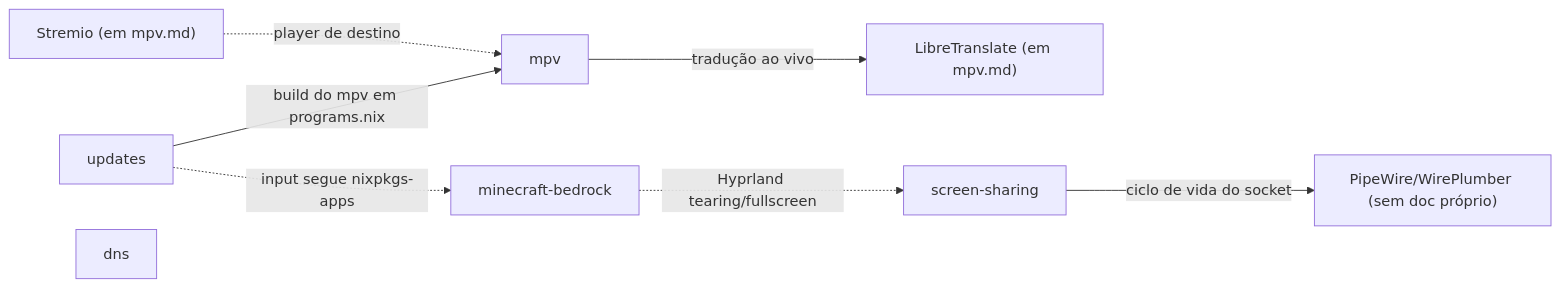
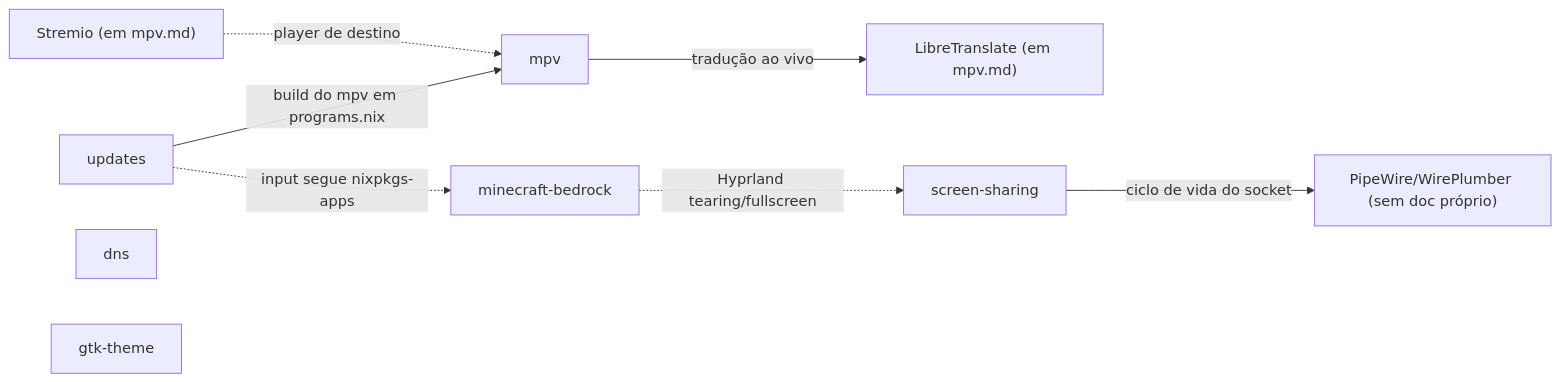
The diagram in .agents/knowledge/_index.md (aliceComH/nixos), drawn with Mermaid before and after one commit. The commit also changed other lines of this file and 16 other files, not shown here.

First line of the commit message:
fix: pin mesa to hyprland's glibc, restore gtk theme and thunar rules

````diff
--- a/.agents/knowledge/_index.md
+++ b/.agents/knowledge/_index.md
@@ -27,18 +28,19 @@
 ```mermaid
 graph LR
     mpv["mpv"]
     libretranslate["LibreTranslate (em mpv.md)"]
     stremio["Stremio (em mpv.md)"]
     screenSharing["screen-sharing"]
     pipewire["PipeWire/WirePlumber (sem doc próprio)"]
     bedrock["minecraft-bedrock"]
     updates["updates"]
     dns["dns"]
+    gtkTheme["gtk-theme"]
 
     mpv -->|"tradução ao vivo"| libretranslate
     stremio -.->|"player de destino"| mpv
     screenSharing -->|"ciclo de vida do socket"| pipewire
     bedrock -.->|"Hyprland tearing/fullscreen"| screenSharing
     updates -->|"build do mpv em programs.nix"| mpv
     updates -.->|"input segue nixpkgs-apps"| bedrock
 ```
````
